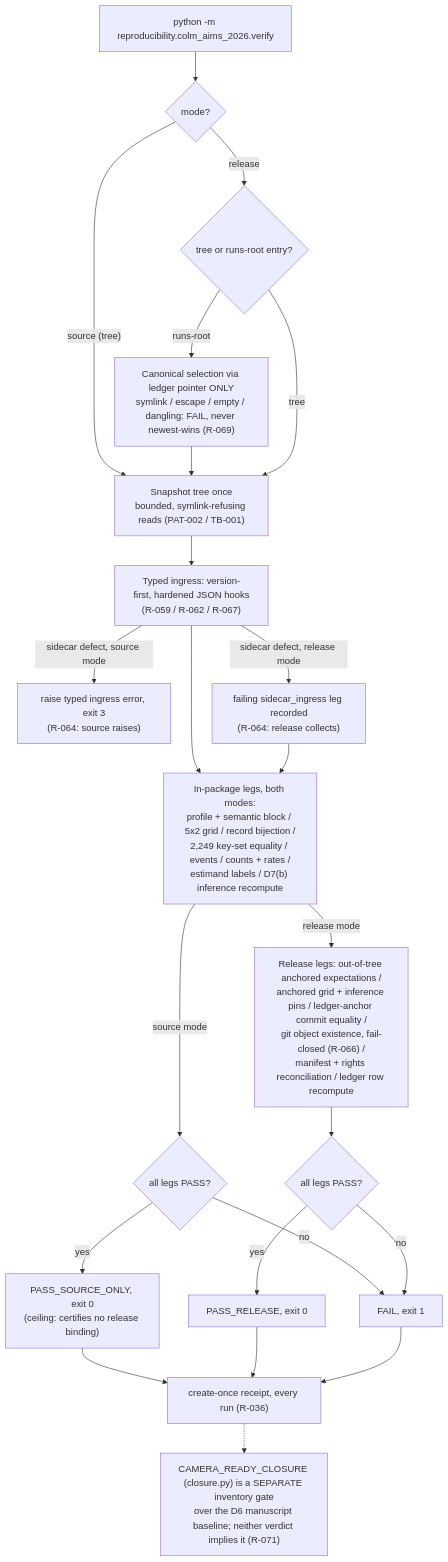
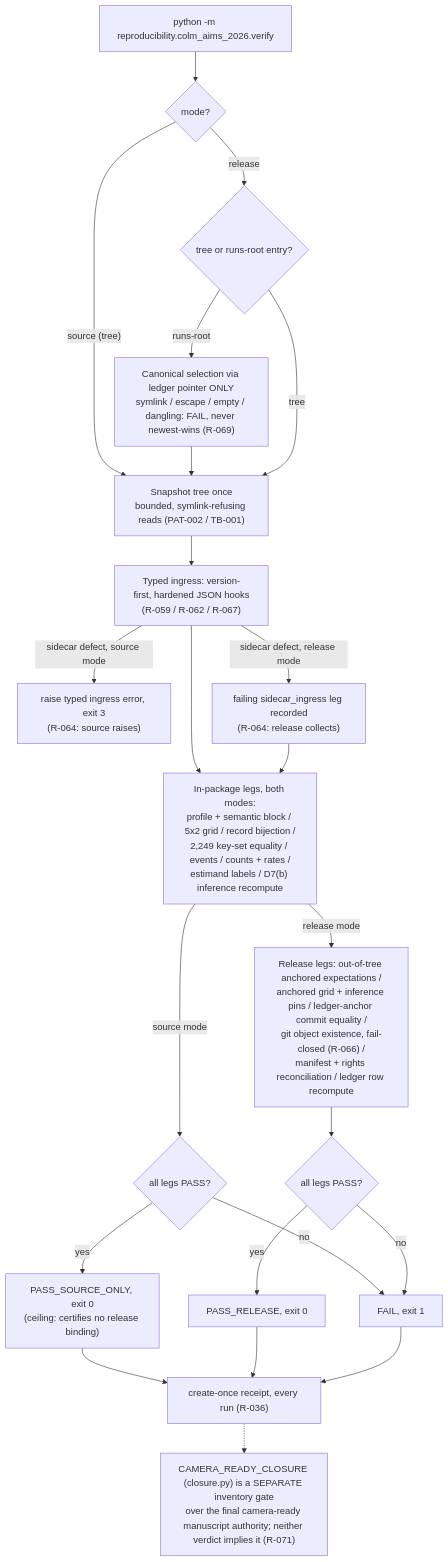
One commit to ankaggarwal94/qanta-buzzer changed the diagram in docs/features/camera-ready-aims-evidence-v2.md. Above: the diagram before and after it, drawn with Mermaid. The commit also changed 17 other files, not shown here.

Commit message:
Bind final camera-ready manuscript closure

````diff
--- a/docs/features/camera-ready-aims-evidence-v2.md
+++ b/docs/features/camera-ready-aims-evidence-v2.md
@@ -95,25 +95,25 @@
 ```mermaid
 flowchart TD
     CLI["python -m reproducibility.colm_aims_2026.verify"] --> MODE{"mode?"}
     MODE -->|"source (tree)"| SNAP
     MODE -->|release| ENTRY{"tree or runs-root entry?"}
     ENTRY -->|"runs-root"| CANON["Canonical selection via ledger pointer ONLY<br/>symlink / escape / empty / dangling: FAIL, never newest-wins (R-069)"]
     CANON --> SNAP
     ENTRY -->|tree| SNAP
     SNAP["Snapshot tree once<br/>bounded, symlink-refusing reads (PAT-002 / TB-001)"] --> INGRESS["Typed ingress: version-first, hardened JSON hooks<br/>(R-059 / R-062 / R-067)"]
     INGRESS -->|"sidecar defect, source mode"| RAISE["raise typed ingress error, exit 3<br/>(R-064: source raises)"]
     INGRESS -->|"sidecar defect, release mode"| COLLECT["failing sidecar_ingress leg recorded<br/>(R-064: release collects)"]
     INGRESS --> INPKG["In-package legs, both modes:<br/>profile + semantic block / 5x2 grid / record bijection /<br/>2,249 key-set equality / events / counts + rates /<br/>estimand labels / D7(b) inference recompute"]
     COLLECT --> INPKG
     INPKG -->|"source mode"| SRCQ{"all legs PASS?"}
     SRCQ -->|yes| PSO["PASS_SOURCE_ONLY, exit 0<br/>(ceiling: certifies no release binding)"]
     SRCQ -->|no| FAIL["FAIL, exit 1"]
     INPKG -->|"release mode"| REL["Release legs: out-of-tree anchored expectations /<br/>anchored grid + inference pins / ledger-anchor commit equality /<br/>git object existence, fail-closed (R-066) /<br/>manifest + rights reconciliation / ledger row recompute"]
     REL --> RELQ{"all legs PASS?"}
     RELQ -->|yes| PREL["PASS_RELEASE, exit 0"]
     RELQ -->|no| FAIL
     PSO --> RCPT["create-once receipt, every run (R-036)"]
     PREL --> RCPT
     FAIL --> RCPT
-    RCPT -.-> CLOSURE["CAMERA_READY_CLOSURE (closure.py) is a SEPARATE inventory gate<br/>over the D6 manuscript baseline; neither verdict implies it (R-071)"]
+    RCPT -.-> CLOSURE["CAMERA_READY_CLOSURE (closure.py) is a SEPARATE inventory gate<br/>over the final camera-ready manuscript authority; neither verdict implies it (R-071)"]
 ```
````
